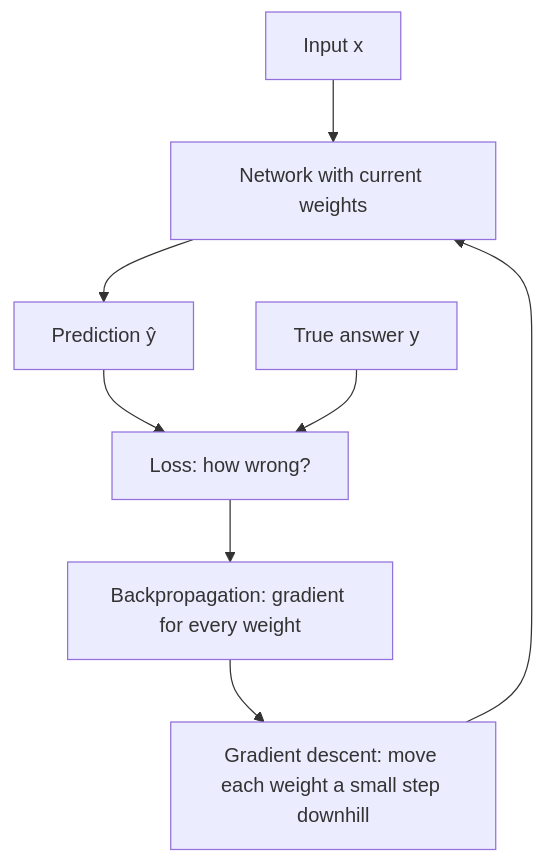
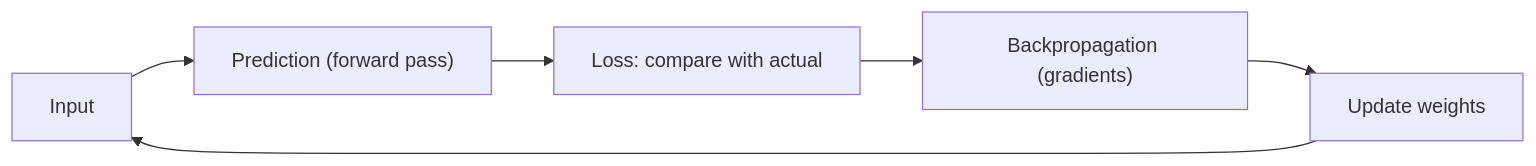
Before and after one commit to TrendySloth1001/sem-seven-notes: the first of 4 diagrams in content/deep-learning/notes/loss-functions.mdx, drawn with Mermaid. The commit also changed other lines of this file and 168 other files, not shown here.

````diff
--- a/content/deep-learning/notes/loss-functions.mdx
+++ b/content/deep-learning/notes/loss-functions.mdx
@@ -75,11 +44,9 @@
 ```mermaid
-%% caption: Where the loss sits in training. The loss compares prediction and target; its gradient flows back and changes the weights; then the loop repeats.
-flowchart TD
-  A["Input x"] --> B["Network with current weights"]
-  B --> C["Prediction ŷ"]
-  C --> D["Loss: how wrong?"]
-  T["True answer y"] --> D
-  D --> E["Backpropagation: gradient for every weight"]
-  E --> F["Gradient descent: move each weight a small step downhill"]
-  F --> B
+%% caption: The training loop. The loss is the signal that tells backpropagation how to change the weights.
+flowchart LR
+  A["Input"] --> B["Prediction (forward pass)"]
+  B --> C["Loss: compare with actual"]
+  C --> D["Backpropagation (gradients)"]
+  D --> E["Update weights"]
+  E --> A
 ```
````
